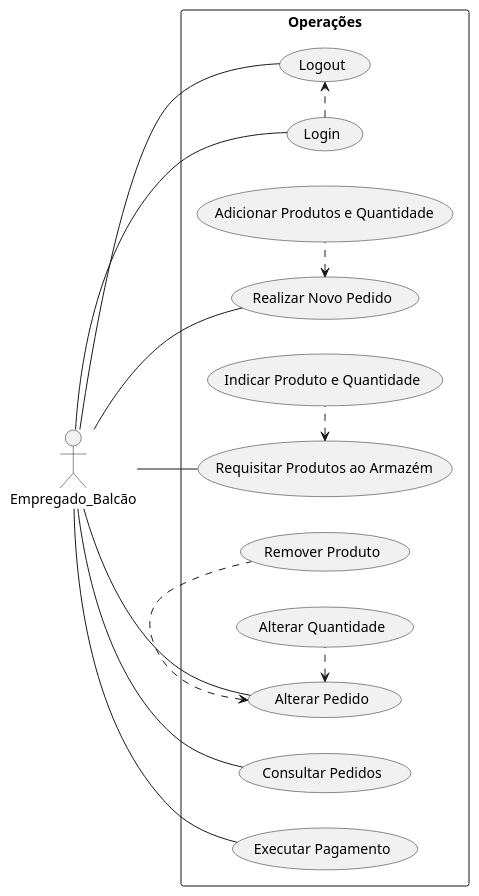
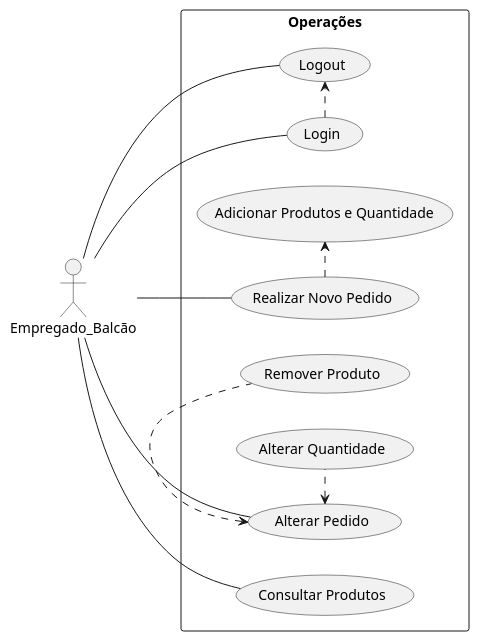
Before and after one commit to nmfer/Zurrapa_Proj.BaseDados: the diagram in Diagramas/use_case_counter.puml, drawn with PlantUML. The commit also changed 11 other files, not shown here.

Commit message:
diagramas

```diff
--- a/Diagramas/use_case_counter.puml
+++ b/Diagramas/use_case_counter.puml
@@ -1,18 +1,15 @@
 @startuml
 left to right direction
 actor Empregado_Balcão
 rectangle Operações {
     Empregado_Balcão -- (Login)
     Empregado_Balcão -- (Logout)
+    Empregado_Balcão -- (Consultar Produtos)
     (Login) .> (Logout)
-    Empregado_Balcão -- (Consultar Pedidos)
     Empregado_Balcão -- (Realizar Novo Pedido)
-    (Realizar Novo Pedido) <. (Adicionar Produtos e Quantidade)
-    Empregado_Balcão -- (Requisitar Produtos ao Armazém)
-    (Requisitar Produtos ao Armazém) <. (Indicar Produto e Quantidade)
+    (Realizar Novo Pedido) .> (Adicionar Produtos e Quantidade)
     Empregado_Balcão -- (Alterar Pedido)
     (Alterar Pedido) <. (Remover Produto)
     (Alterar Pedido) <. (Alterar Quantidade)
-    Empregado_Balcão -- (Executar Pagamento)
 }
 @enduml
```
